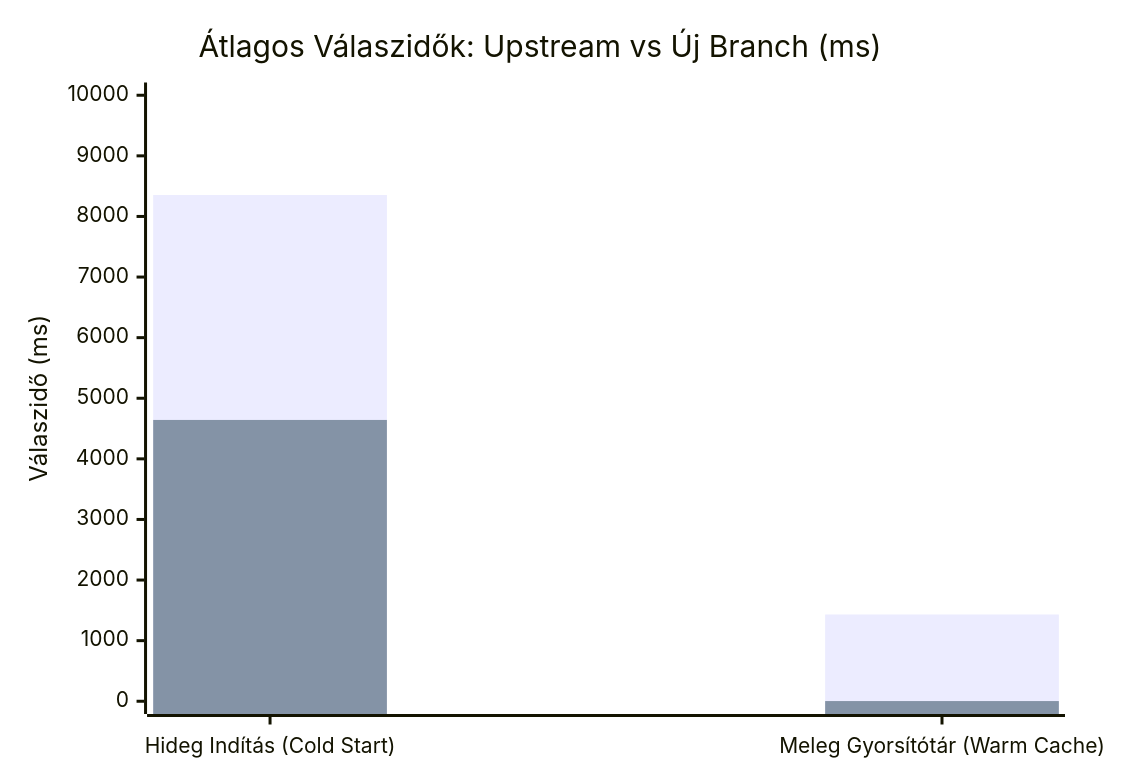
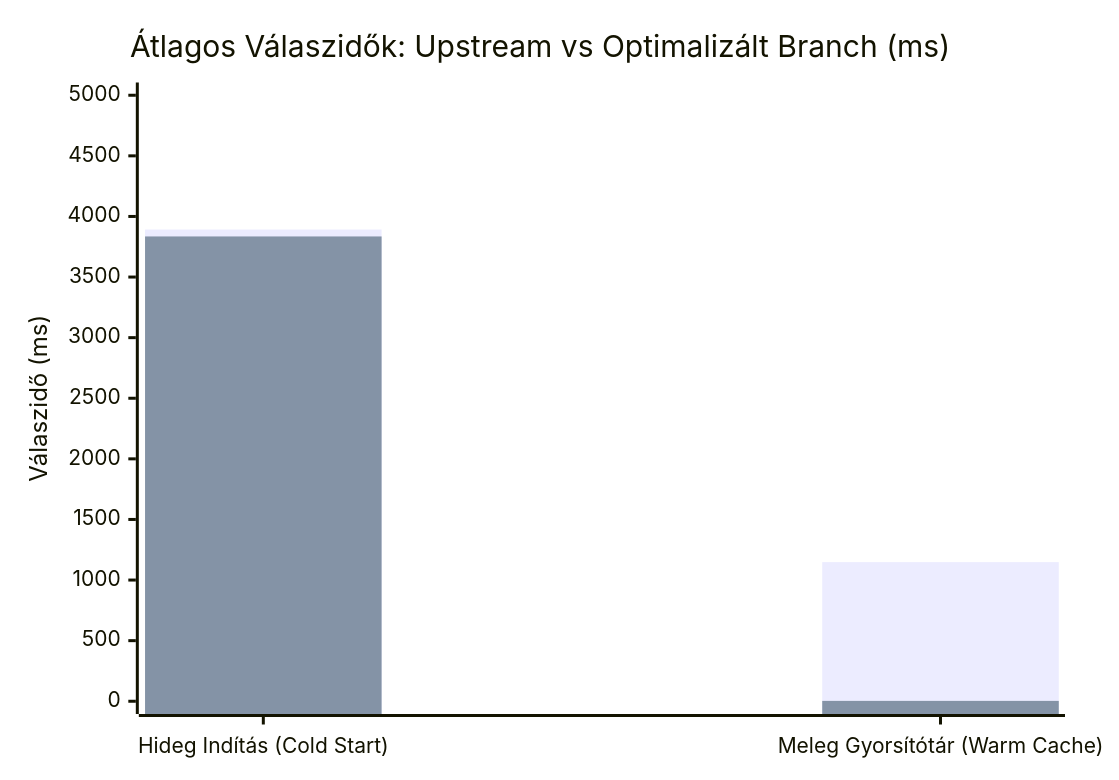
The second of 2 diagrams in docs/UPSTREAM_MR_DESCRIPTION.md (Levfero/stremhu-source-VibeCodedEdition), drawn with Mermaid before and after one commit. The commit also changed other lines of this file and 2 other files, not shown here.

````diff
--- a/docs/UPSTREAM_MR_DESCRIPTION.md
+++ b/docs/UPSTREAM_MR_DESCRIPTION.md
@@ -167,8 +167,8 @@
 ```mermaid
 xychart-beta
-    title "Átlagos Válaszidők: Upstream vs Új Branch (ms)"
+    title "Átlagos Válaszidők: Upstream vs Optimalizált Branch (ms)"
     x-axis ["Hideg Indítás (Cold Start)", "Meleg Gyorsítótár (Warm Cache)"]
-    y-axis "Válaszidő (ms)" 0 --> 10000
-    bar [8354, 1432]
-    bar [4642, 3]
+    y-axis "Válaszidő (ms)" 0 --> 5000
+    bar [3892, 1148]
+    bar [3835, 3]
 ```
````
